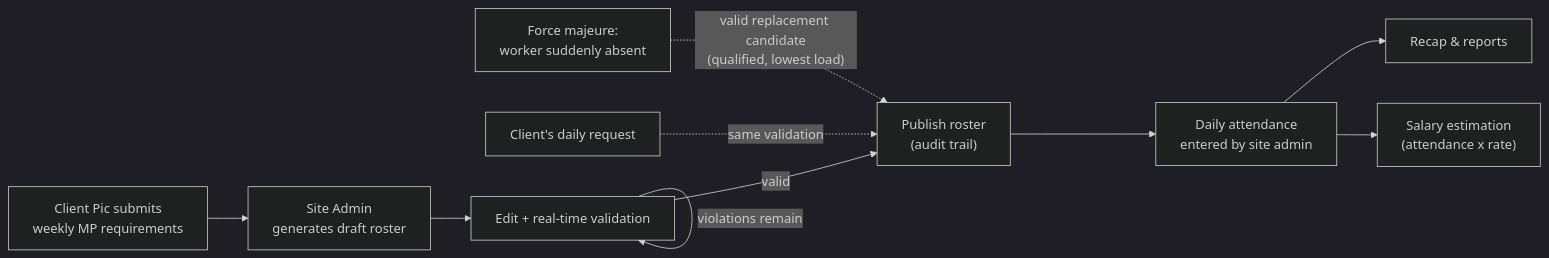
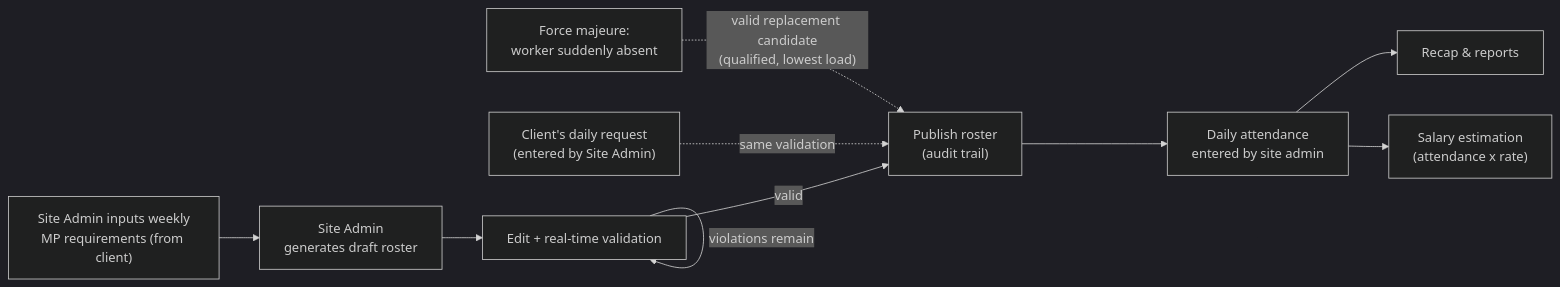
The fifth of 5 diagrams in docs/architecture.md (XOIntern/Shiftly), drawn with Mermaid (dark theme) before and after one commit. The commit also changed other lines of this file, not shown here.

First line of the commit message:
docs(architecture): drop Client Pic role, keep Site Admin and HO

````diff
--- a/docs/architecture.md
+++ b/docs/architecture.md
@@ -284,13 +283,13 @@
 ```mermaid
 flowchart LR
-    A["Client Pic submits<br/>weekly MP requirements"] --> B["Site Admin<br/>generates draft roster"]
+    A["Site Admin inputs weekly<br/>MP requirements (from client)"] --> B["Site Admin<br/>generates draft roster"]
     B --> C["Edit + real-time validation"]
     C -->|violations remain| C
     C -->|valid| D["Publish roster<br/>(audit trail)"]
     D --> E["Daily attendance<br/>entered by site admin"]
     E --> F["Recap & reports"]
     E --> G["Salary estimation<br/>(attendance x rate)"]
 
-    H["Client's daily request"] -.->|same validation| D
+    H["Client's daily request<br/>(entered by Site Admin)"] -.->|same validation| D
     I["Force majeure:<br/>worker suddenly absent"] -.->|"valid replacement candidate<br/>(qualified, lowest load)"| D
 ```
````
